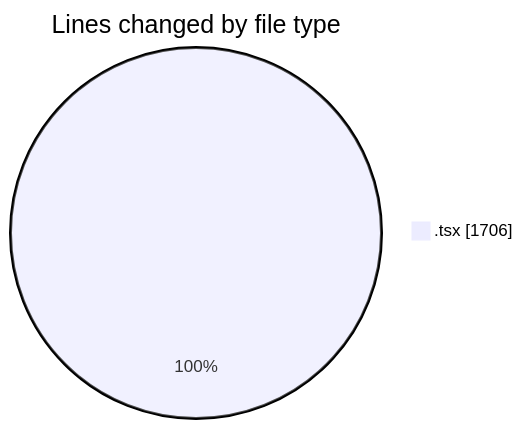
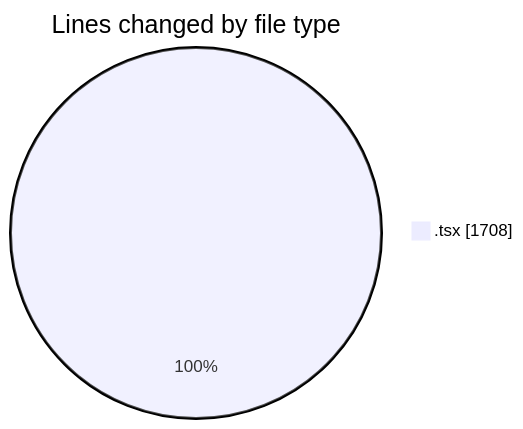
One commit to momahboobian/code-tracking changed the first of 2 diagrams in 2025-06-12/cda/README.md. Above: the diagram before and after it, drawn with Mermaid. The commit also changed other lines of this file and 1 other file, not shown here.

````diff
--- a/2025-06-12/cda/README.md
+++ b/2025-06-12/cda/README.md
@@ -22,5 +22,5 @@
 ```mermaid
 pie showData
 title Lines changed by file type
-".tsx" : 1706
+".tsx" : 1708
 ```
````
